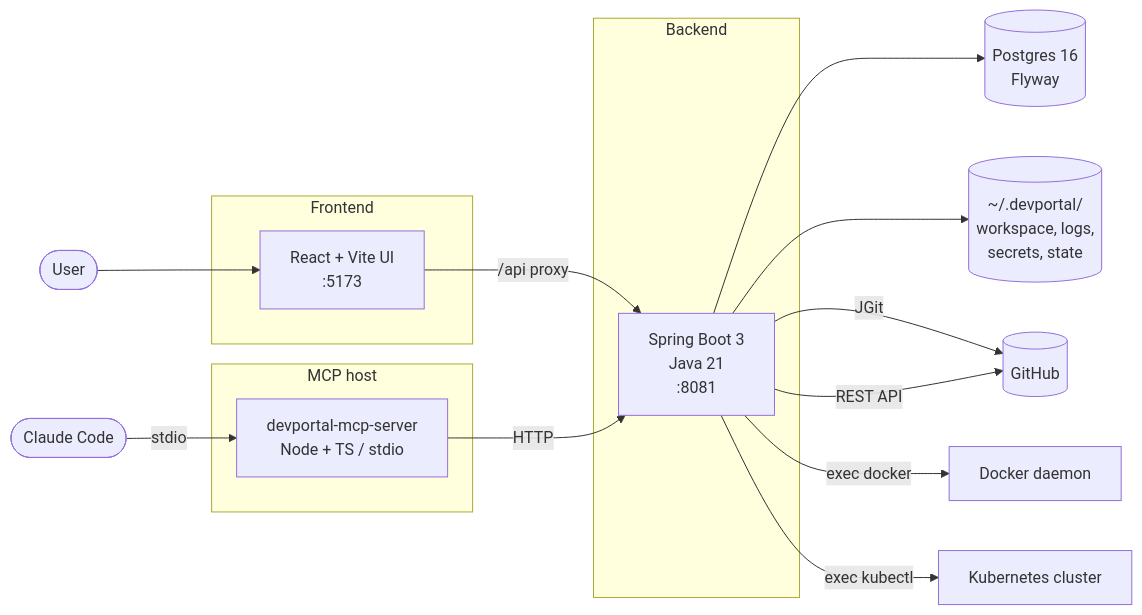
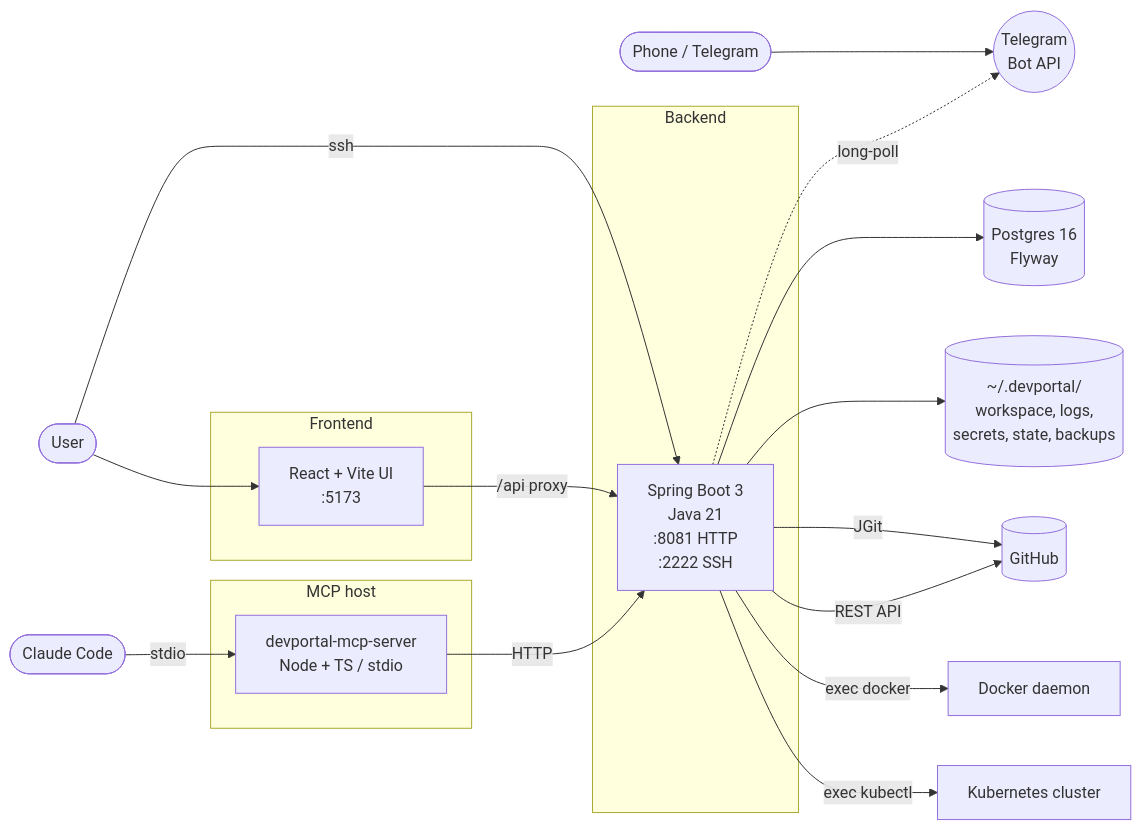
The first of 9 diagrams in README.md (geekychris/devhubpro), drawn with Mermaid before and after one commit. The commit also changed other lines of this file and 27 other files, not shown here.

````diff
--- a/README.md
+++ b/README.md
@@ -49,34 +52,39 @@
 ```mermaid
 graph LR
     User([User])
     Claude([Claude Code])
+    Phone([Phone / Telegram])
     GH[(GitHub)]
+    TG((Telegram<br/>Bot API))
     DK[Docker daemon]
     K8s[Kubernetes cluster]
 
     subgraph Frontend
         UI[React + Vite UI<br/>:5173]
     end
 
     subgraph Backend
-        BE[Spring Boot 3<br/>Java 21<br/>:8081]
+        BE[Spring Boot 3<br/>Java 21<br/>:8081 HTTP<br/>:2222 SSH]
     end
 
     subgraph MCPHost[MCP host]
         MCP[devportal-mcp-server<br/>Node + TS / stdio]
     end
 
     PG[(Postgres 16<br/>Flyway)]
-    FS[(~/.devportal/<br/>workspace, logs,<br/>secrets, state)]
+    FS[(~/.devportal/<br/>workspace, logs,<br/>secrets, state, backups)]
 
     User --> UI
+    User -->|ssh| BE
+    Claude -->|stdio| MCP
+    Phone --> TG
+    BE -.long-poll.-> TG
     UI -->|/api proxy| BE
-    Claude -->|stdio| MCP
     MCP -->|HTTP| BE
     BE --> PG
     BE --> FS
     BE -->|JGit| GH
     BE -->|REST API| GH
     BE -->|exec docker| DK
     BE -->|exec kubectl| K8s
 ```
````
